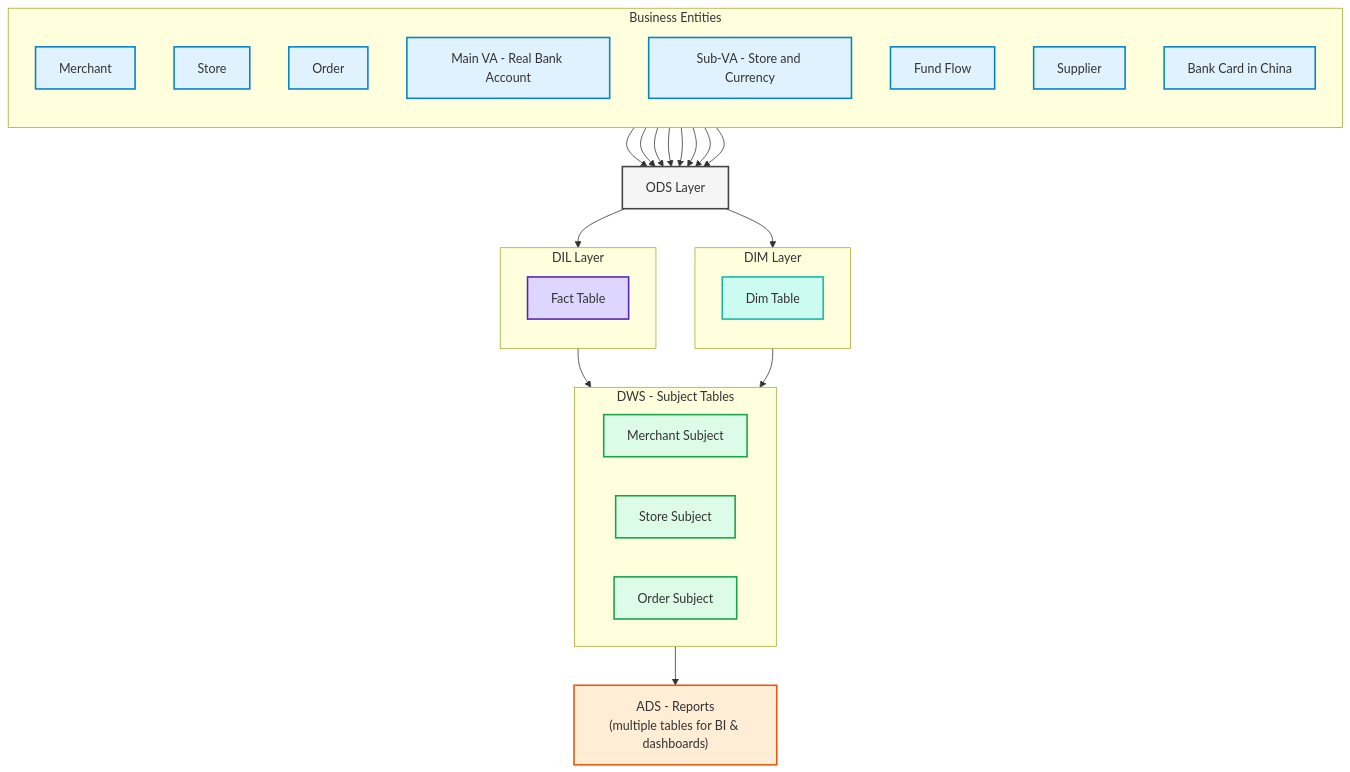
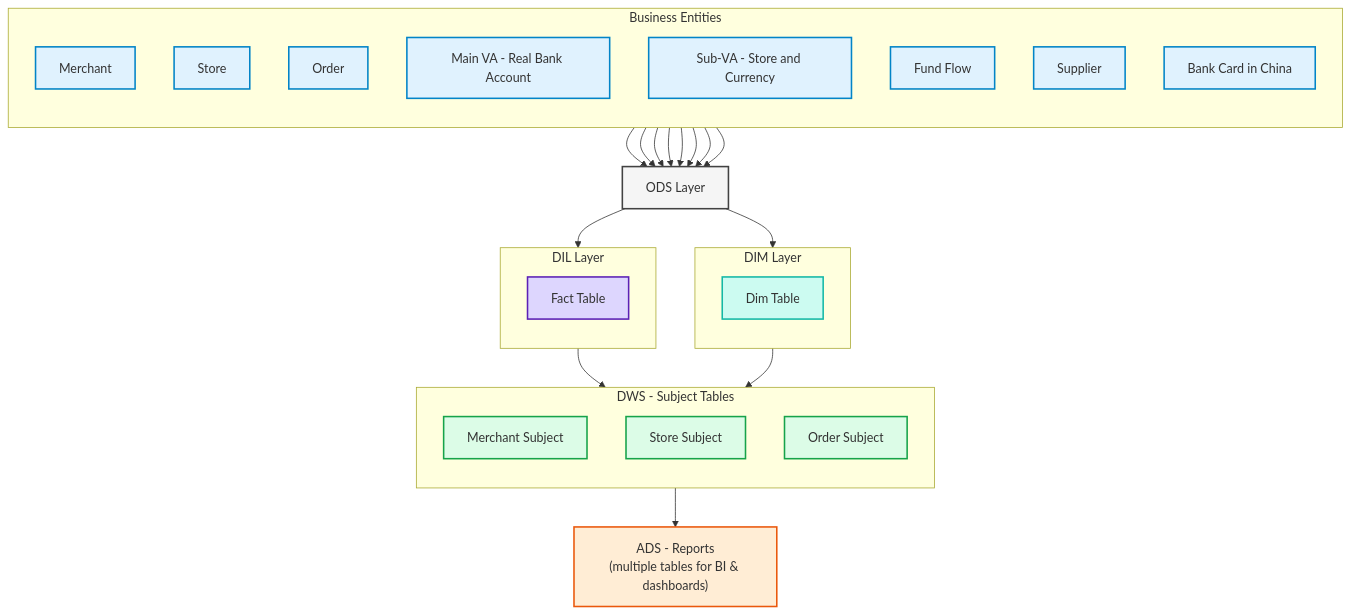
One commit to blaire101/data-warehouse-solutions changed the diagram in DW-QA.md. Above: the diagram before and after it, drawn with Mermaid.

````diff
--- a/DW-QA.md
+++ b/DW-QA.md
@@ -36,66 +36,66 @@
 ```mermaid
 flowchart TB
   %% ============ Business Entities ============
   subgraph BIZ["Business Entities"]
     direction TB
     M[Merchant]:::biz
     S[Store]:::biz
     O[Order]:::biz
     VAM[Main VA - Real Bank Account]:::biz
     VAS[Sub-VA - Store and Currency]:::biz
     FF[Fund Flow]:::biz
     SUP[Supplier]:::biz
     CNBK[Bank Card in China]:::biz
   end
 
   %% ============ ODS ============
   ODS[ODS Layer]:::ods
 
   %% ============ DIL ============
   subgraph DIL["DIL Layer"]
     direction TB
     FACT[Fact Table]:::fact
   end
 
   %% ============ DIM ============
   subgraph DIM["DIM Layer"]
     direction TB
     DIM_T[Dim Table]:::dim
   end
 
   %% ============ DWS ============
   subgraph DWS["DWS - Subject Tables"]
-    direction LR
+    direction TB
     DWS_M[Merchant Subject]:::dws
     DWS_S[Store Subject]:::dws
     DWS_O[Order Subject]:::dws
   end
 
   %% ============ ADS ============
   ADS["ADS - Reports\n(multiple tables for BI & dashboards)"]:::ads
 
   %% ============ Mappings ============
   M-->ODS
   S-->ODS
   O-->ODS
   VAM-->ODS
   VAS-->ODS
   FF-->ODS
   SUP-->ODS
   CNBK-->ODS
 
   ODS-->DIL
   ODS-->DIM
   DIL-->DWS
   DIM-->DWS
   DWS-->ADS
 
   %% ============ Styles ============
   classDef biz fill:#e0f2fe,stroke:#0284c7,stroke-width:2px,color:#075985;   %% light blue
   classDef ods fill:#f5f5f5,stroke:#424242,stroke-width:2px,color:#212121;   %% gray
   classDef dil fill:#ede9fe,stroke:#7c3aed,stroke-width:2px,color:#4c1d95;   %% purple
   classDef fact fill:#ddd6fe,stroke:#5b21b6,stroke-width:2px,color:#3730a3; %% darker purple
   classDef dim fill:#ccfbf1,stroke:#14b8a6,stroke-width:2px,color:#0f766e;  %% teal
   classDef dws fill:#dcfce7,stroke:#16a34a,stroke-width:2px,color:#166534;  %% green
   classDef ads fill:#ffedd5,stroke:#ea580c,stroke-width:2px,color:#7c2d12;  %% orange
 ```
````
